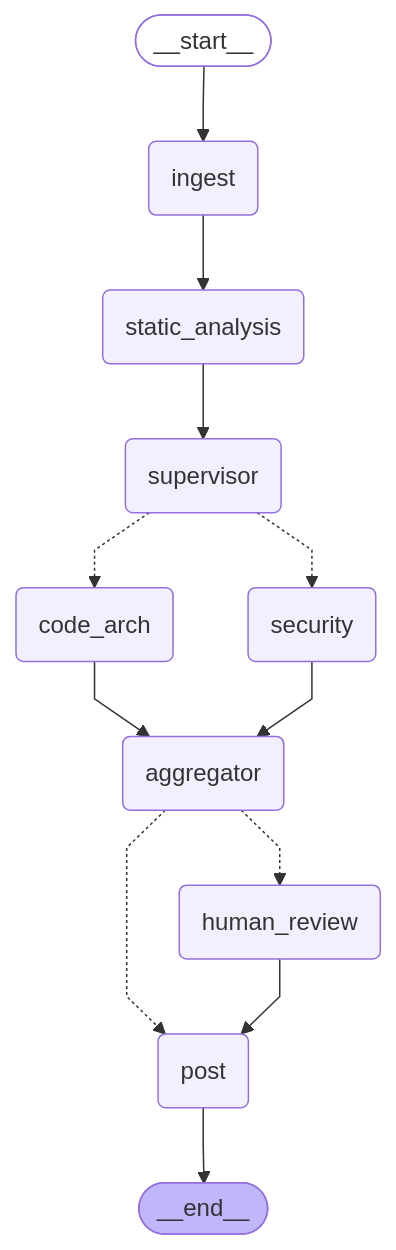
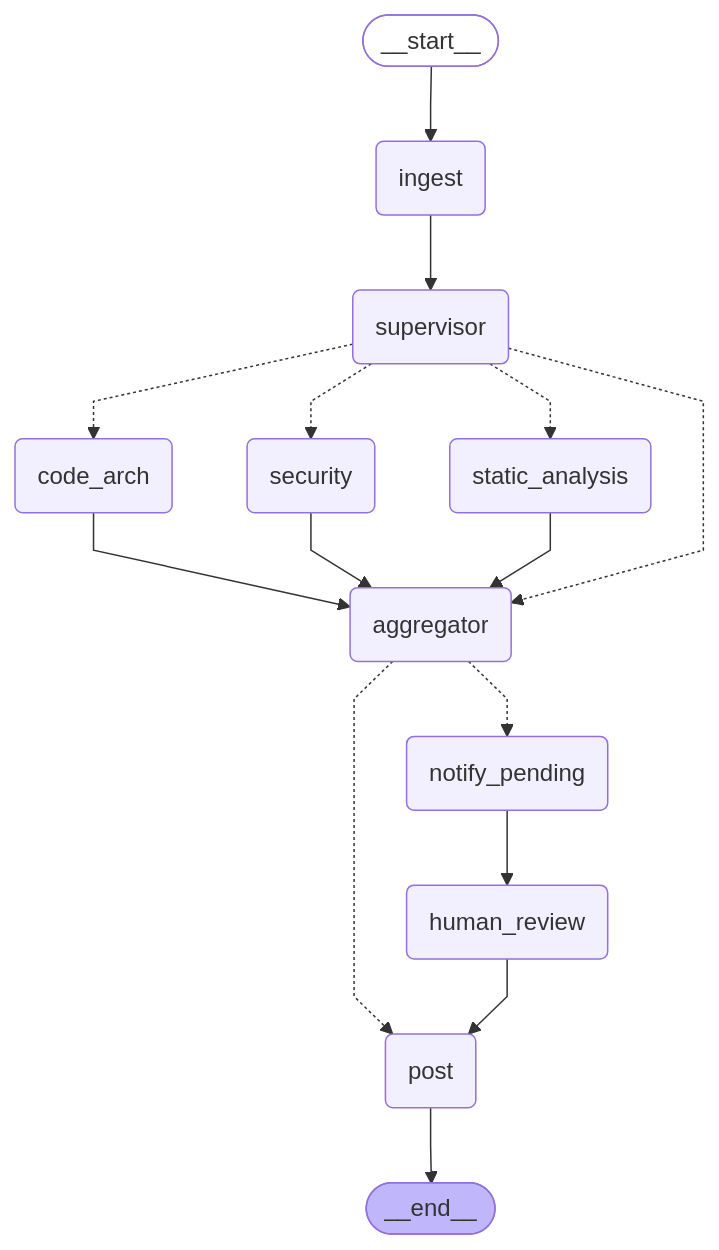
One commit to fabrizzio178/PR-agents-reviewer changed the diagram in docs/graph.mmd. Above: the diagram before and after it, drawn with Mermaid. The commit also changed 2 other files, not shown here.

Commit message:
Update README, env example and compiled graph diagram
Documents the flow, provider selection, setup of the approval environment and how to call the workflow from another repository.

```diff
--- a/docs/graph.mmd
+++ b/docs/graph.mmd
@@ -1,30 +1,34 @@
 ---
 config:
   flowchart:
     curve: linear
 ---
 graph TD;
 	__start__([<p>__start__</p>]):::first
 	ingest(ingest)
+	supervisor(supervisor)
 	static_analysis(static_analysis)
-	supervisor(supervisor)
 	security(security)
 	code_arch(code_arch)
 	aggregator(aggregator)
+	notify_pending(notify_pending)
 	human_review(human_review)
 	post(post)
 	__end__([<p>__end__</p>]):::last
 	__start__ --> ingest;
-	aggregator -.-> human_review;
+	aggregator -.-> notify_pending;
 	aggregator -.-> post;
 	code_arch --> aggregator;
 	human_review --> post;
-	ingest --> static_analysis;
+	ingest --> supervisor;
+	notify_pending --> human_review;
 	security --> aggregator;
-	static_analysis --> supervisor;
+	static_analysis --> aggregator;
+	supervisor -.-> aggregator;
 	supervisor -.-> code_arch;
 	supervisor -.-> security;
+	supervisor -.-> static_analysis;
 	post --> __end__;
 	classDef default fill:#f2f0ff,line-height:1.2
 	classDef first fill-opacity:0
 	classDef last fill:#bfb6fc
```
